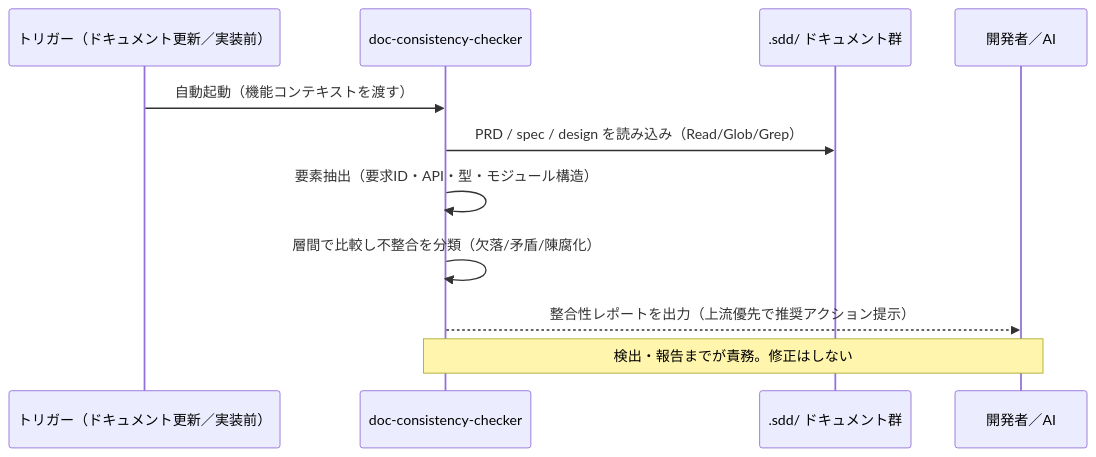
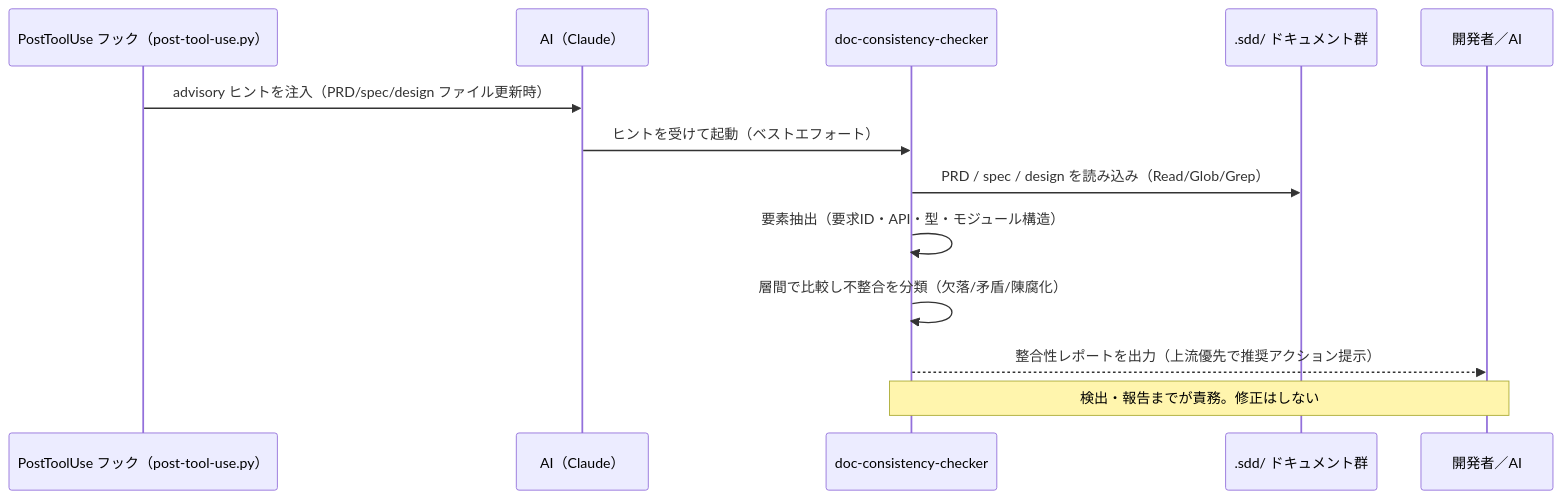
Before and after one commit to ToshikiImagawa/ai-sdd-workflow-dev: the diagram in .sdd/specification/quality-guardrails/doc-consistency-check_spec.md, drawn with Mermaid. The commit also changed other lines of this file and 9 other files, not shown here.

````diff
--- a/.sdd/specification/quality-guardrails/doc-consistency-check_spec.md
+++ b/.sdd/specification/quality-guardrails/doc-consistency-check_spec.md
@@ -135,14 +143,16 @@
 ```mermaid
 sequenceDiagram
-    participant Trigger as トリガー（ドキュメント更新／実装前）
+    participant Hook as PostToolUse フック（post-tool-use.py）
+    participant AI as AI（Claude）
     participant Checker as doc-consistency-checker
     participant Docs as .sdd/ ドキュメント群
     participant Dev as 開発者／AI
 
-    Trigger ->> Checker: 自動起動（機能コンテキストを渡す）
+    Hook ->> AI: advisory ヒントを注入（PRD/spec/design ファイル更新時）
+    AI ->> Checker: ヒントを受けて起動（ベストエフォート）
     Checker ->> Docs: PRD / spec / design を読み込み（Read/Glob/Grep）
     Checker ->> Checker: 要素抽出（要求ID・API・型・モジュール構造）
     Checker ->> Checker: 層間で比較し不整合を分類（欠落/矛盾/陳腐化）
     Checker -->> Dev: 整合性レポートを出力（上流優先で推奨アクション提示）
     Note over Checker,Dev: 検出・報告までが責務。修正はしない
 ```
````
